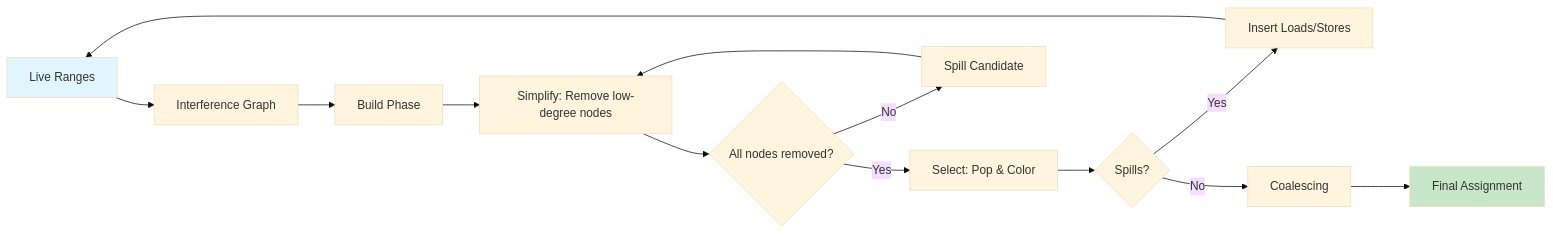
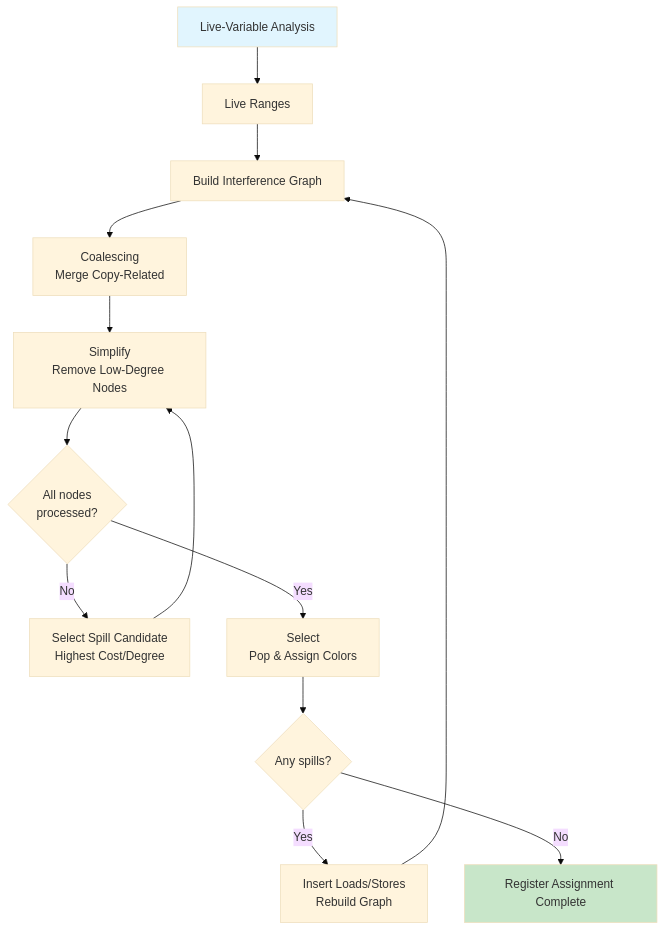
The diagram in docs/courses/compiler-design/14-register-allocation.md (Raushan666java/ai-engineering-journey), drawn with Mermaid (base theme) before and after one commit. The commit also changed other lines of this file and 41 other files, not shown here.

````diff
--- a/docs/courses/compiler-design/14-register-allocation.md
+++ b/docs/courses/compiler-design/14-register-allocation.md
@@ -20,17 +25,17 @@
 ```mermaid
-flowchart LR
-    A[Live Ranges] --> B[Interference Graph]
-    B --> C[Build Phase]
-    C --> D[Simplify: Remove low-degree nodes]
-    D --> E{All nodes removed?}
-    E -->|Yes| F[Select: Pop & Color]
-    E -->|No| G[Spill Candidate]
-    G --> D
-    F --> H{Spills?}
-    H -->|Yes| I[Insert Loads/Stores]
-    I --> A
-    H -->|No| J[Coalescing]
-    J --> K[Final Assignment]
+flowchart TB
+    A[Live-Variable Analysis] --> B[Live Ranges]
+    B --> C[Build Interference Graph]
+    C --> D[Coalescing<br>Merge Copy-Related]
+    D --> E[Simplify<br>Remove Low-Degree Nodes]
+    E --> F{All nodes<br>processed?}
+    F -->|No| G[Select Spill Candidate<br>Highest Cost/Degree]
+    G --> E
+    F -->|Yes| H[Select<br>Pop & Assign Colors]
+    H --> I{Any spills?}
+    I -->|Yes| J[Insert Loads/Stores<br>Rebuild Graph]
+    J --> C
+    I -->|No| K[Register Assignment Complete]
     style A fill:#e1f5fe
     style K fill:#c8e6c9
 ```
````
